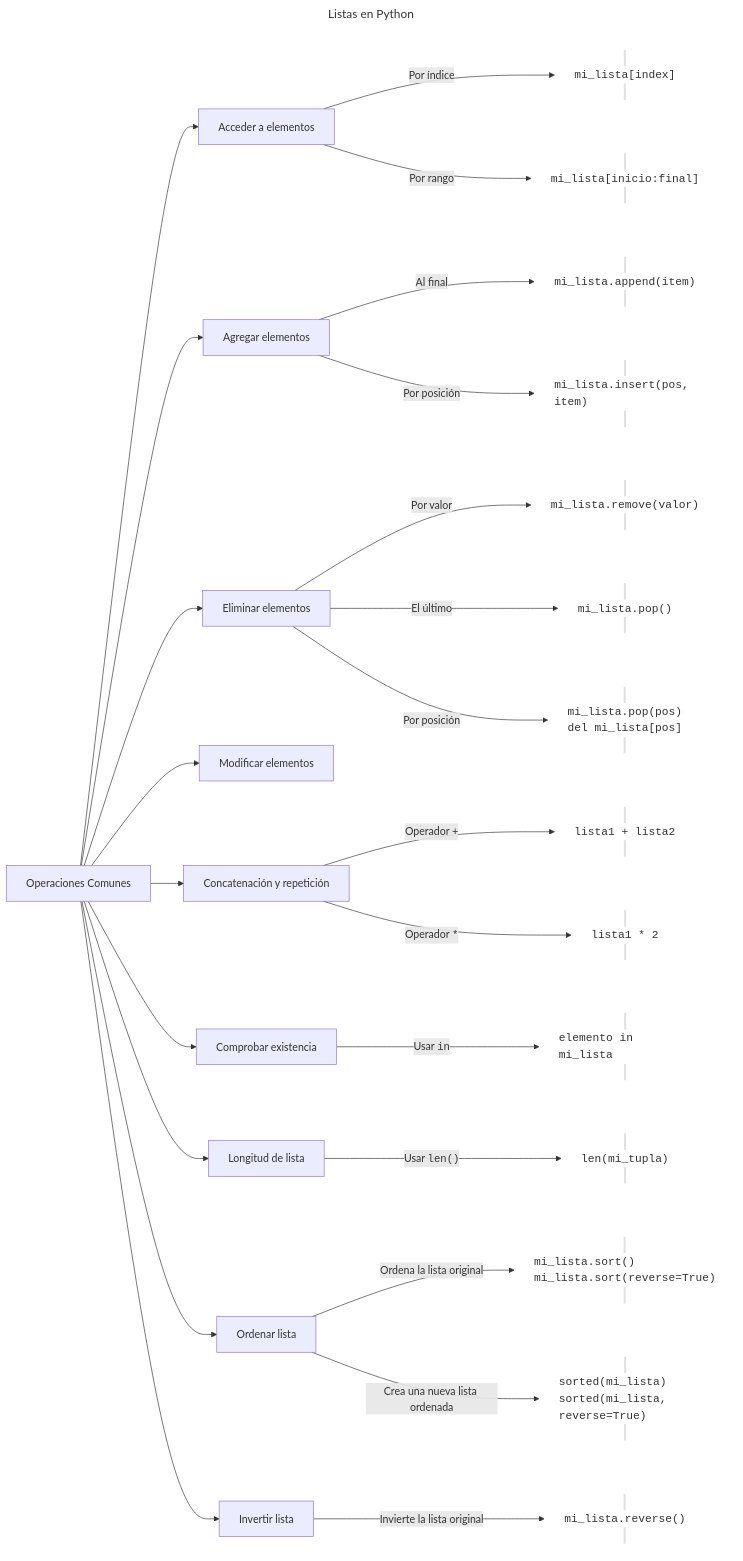
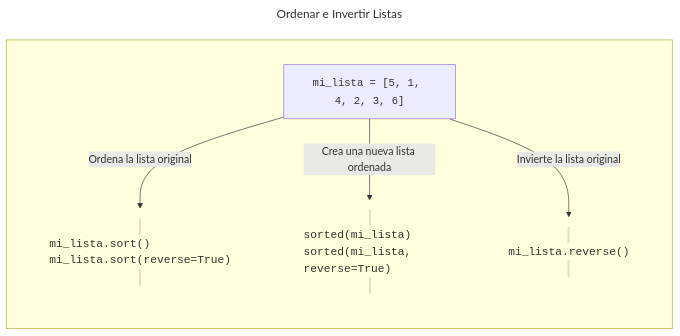
The fifth of 8 diagrams in _posts/lenguajes-de-programacion/python/1-basico/2022-01-06-listas-y-tuplas.md (EniDev911/portfolio_crispy), drawn with Mermaid before and after one commit. The commit also changed other lines of this file, not shown here.

````diff
--- a/_posts/lenguajes-de-programacion/python/1-basico/2022-01-06-listas-y-tuplas.md
+++ b/_posts/lenguajes-de-programacion/python/1-basico/2022-01-06-listas-y-tuplas.md
@@ -68,40 +128,15 @@
 ```mermaid
 ---
-title: "Listas en Python"
+title: "Ordenar e Invertir Listas"
 ---
 graph LR
-    A["Operaciones Comunes"] --> B["Acceder a elementos"]
-    A --> C["Agregar elementos"]
-    A --> D["Eliminar elementos"]
-    A --> E["Modificar elementos"]
-    A --> F["Concatenación y repetición"]
-    A --> G["Comprobar existencia"]
-    A --> H["Longitud de lista"]
-    A --> I["Ordenar lista"]
-    A --> J["Invertir lista"]
-
-    B -- "Por índice" --> K["mi_lista[index]"]
-    B -- "Por rango" --> L["mi_lista[inicio:final]"]
-
-    C -- "Al final" --> M["mi_lista.append(item)"]
-    C -- "Por posición" --> N["mi_lista.insert(pos, item)"]
-
-    D -- "Por valor" --> O["mi_lista.remove(valor)"]
-    D -- "El último" --> P["mi_lista.pop()"]
-    D -- "Por posición" --> P1["mi_lista.pop(pos)<br>del mi_lista[pos]"]
-
-    F -- "Operador <code>+</code>" --> R["lista1 + lista2"]
-    F -- "Operador <code>*</code>" --> S["lista1 * 2"]
-
-    G -- "Usar <code>in</code>" --> T["elemento in mi_lista"]
-
-    H -- "Usar <code>len()</code>" --> U["len(mi_tupla)"]
-
-    I -- "Ordena la lista original" --> V["mi_lista.sort()<br>mi_lista.sort(reverse=True)"]
-    I -- "Crea una nueva lista ordenada" --> V1["sorted(mi_lista)<br>sorted(mi_lista, reverse=True)"]
-
-    J -- "Invierte la lista original" --> W["mi_lista.reverse()"]
+    subgraph &nbsp;
+        I["<code>mi_lista = [5, 1, 4, 2, 3, 6]</code>"]
+        I -- "Ordena la lista original" --> V["<code>mi_lista.sort()<br>mi_lista.sort(reverse=True)</code>"]
+        I -- "Crea una nueva lista ordenada" --> V1["<code>sorted(mi_lista)<br>sorted(mi_lista, reverse=True)</code>"]
+        I -- "Invierte la lista original" --> W["<code>mi_lista.reverse()</code>"]
+    end
 
     classDef wStroke fill:#fff,fill-opacity:0,text-align:left,stroke-width:0,background:#19191922,font-family:monospace,padding:3px,font-size:17px;
-    class K,L,M,N,O,P,P1,T,U,R,S,V,V1,W wStroke;
+    class V,V1,W wStroke;
 ```
````
